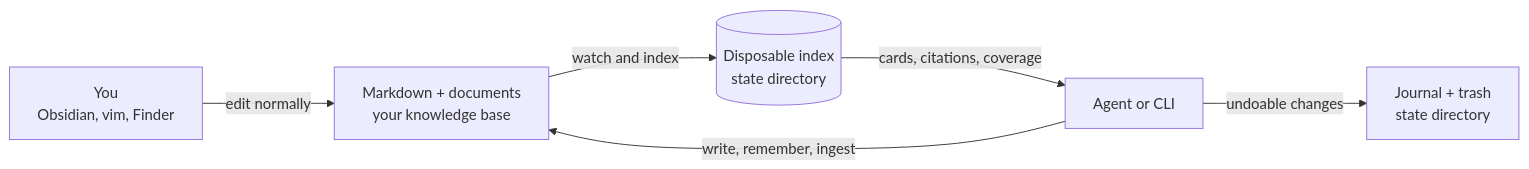
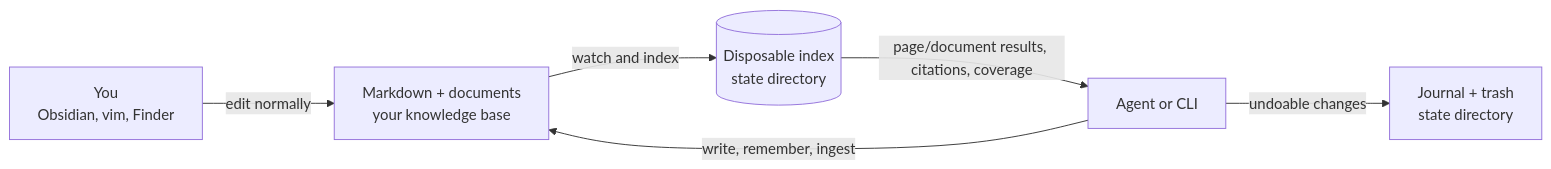
The first of 7 diagrams in HOW-IT-WORKS.md (tenphi/akno), drawn with Mermaid before and after one commit. The commit also changed other lines of this file and 23 other files, not shown here.

````diff
--- a/HOW-IT-WORKS.md
+++ b/HOW-IT-WORKS.md
@@ -67,8 +67,8 @@
 ```mermaid
 flowchart LR
     Person["You<br/>Obsidian, vim, Finder"] -->|"edit normally"| Notes["Markdown + documents<br/>your knowledge base"]
     Notes -->|"watch and index"| Index[("Disposable index<br/>state directory")]
-    Index -->|"cards, citations, coverage"| Agent["Agent or CLI"]
+    Index -->|"page/document results, citations, coverage"| Agent["Agent or CLI"]
     Agent -->|"write, remember, ingest"| Notes
     Agent -->|"undoable changes"| Journal["Journal + trash<br/>state directory"]
 ```
````
